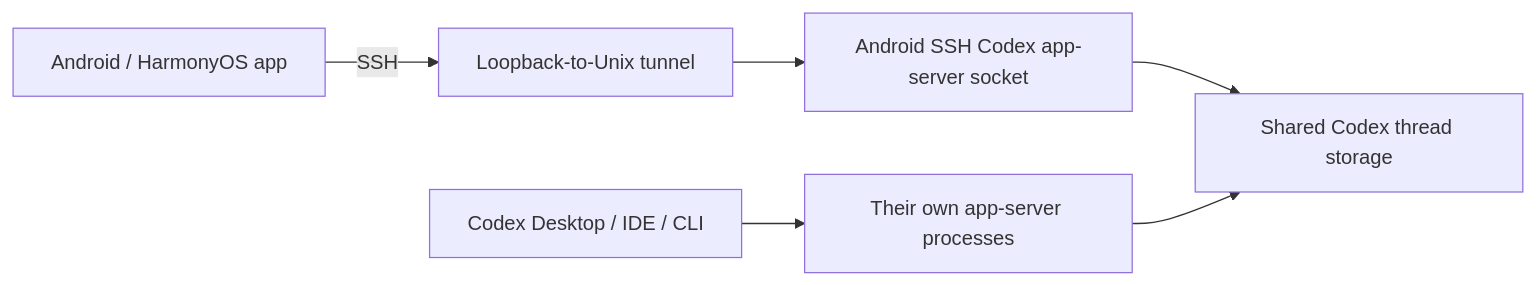
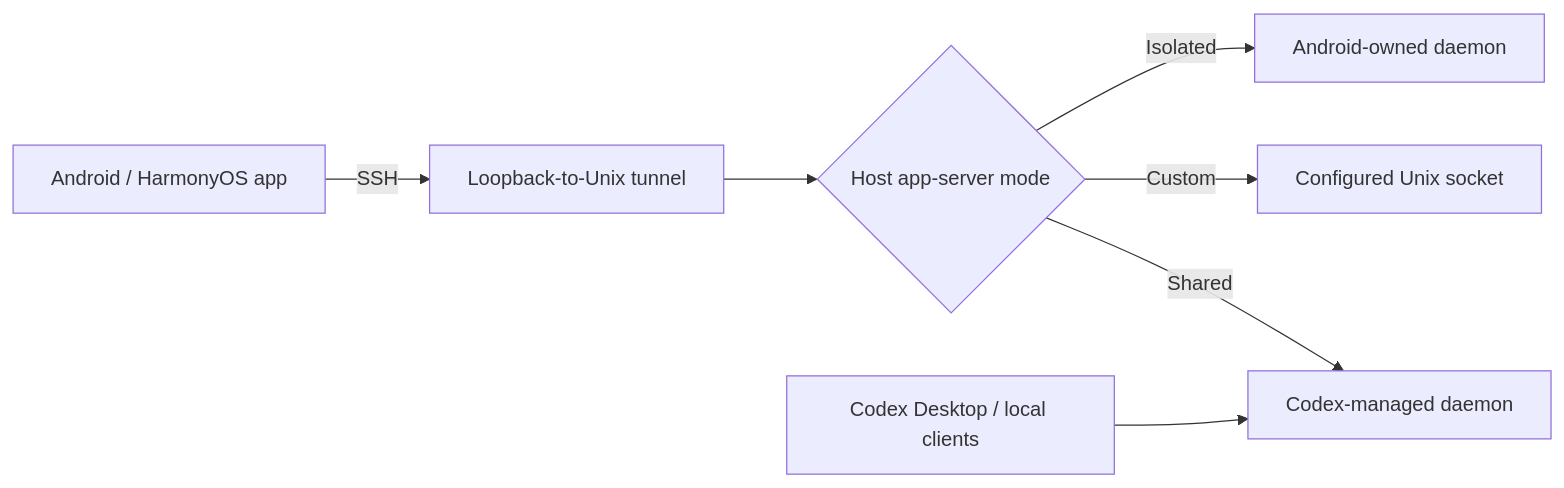
Before and after one commit to Misoryan/Android-SSH-Codex: the diagram in README.md, drawn with Mermaid. The commit also changed other lines of this file and 2 other files, not shown here.

Commit message:
docs: prepare v0.1.7 app-server modes

````diff
--- a/README.md
+++ b/README.md
@@ -25,8 +25,9 @@
 ```mermaid
 flowchart LR
   A["Android / HarmonyOS app"] -->|"SSH"| T["Loopback-to-Unix tunnel"]
-  T --> M["Android SSH Codex app-server socket"]
-  D["Codex Desktop / IDE / CLI"] --> O["Their own app-server processes"]
-  M --> S["Shared Codex thread storage"]
-  O --> S
+  T --> H{"Host app-server mode"}
+  H -->|"Shared"| D["Codex-managed daemon"]
+  H -->|"Custom"| C["Configured Unix socket"]
+  H -->|"Isolated"| I["Android-owned daemon"]
+  X["Codex Desktop / local clients"] --> D
 ```
````
